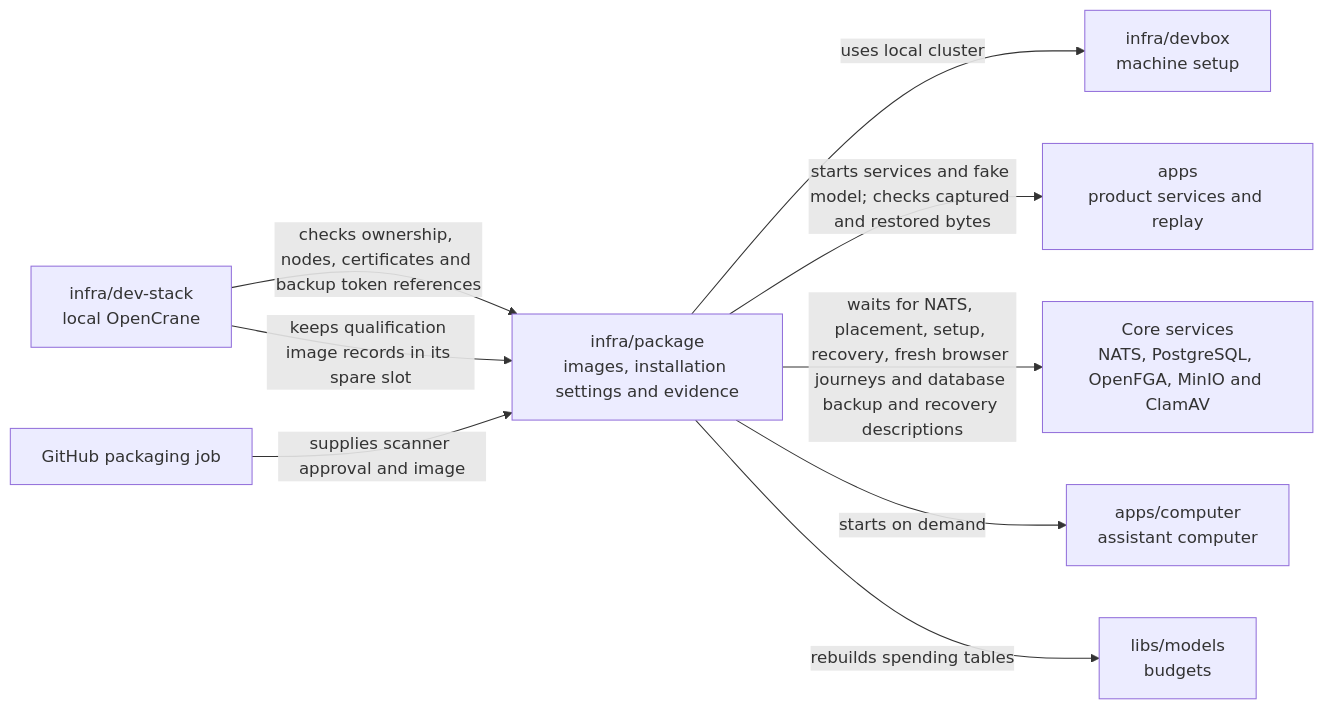
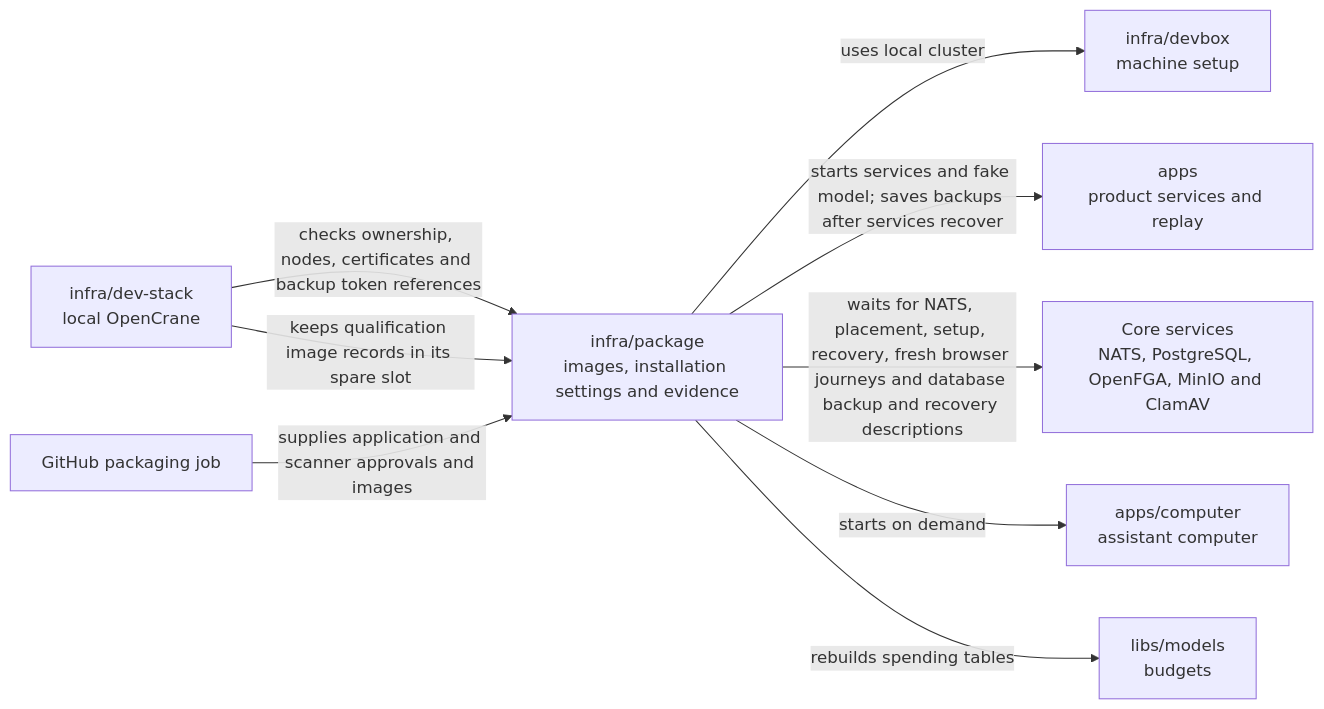
Before and after one commit to elewa-git/opencrane-new: the diagram in infra/package/README.md, drawn with Mermaid. The commit also changed other lines of this file and 95 other files, not shown here.

````diff
--- a/infra/package/README.md
+++ b/infra/package/README.md
@@ -19,11 +19,11 @@
 ```mermaid
 flowchart LR
   stack["infra/dev-stack<br/>local OpenCrane"] -->|checks ownership, nodes, certificates and backup token references| package["infra/package<br/>images, installation settings and evidence"]
   package -->|uses local cluster| devbox["infra/devbox<br/>machine setup"]
-  package -->|starts services and fake model; checks captured and restored bytes| apps["apps<br/>product services and replay"]
-  packaging["GitHub packaging job"] -->|supplies scanner approval and image| package
+  package -->|starts services and fake model; saves backups after services recover| apps["apps<br/>product services and replay"]
+  packaging["GitHub packaging job"] -->|supplies application and scanner approvals and images| package
   package -->|waits for NATS, placement, setup, recovery, fresh browser journeys and database backup and recovery descriptions| services["Core services<br/>NATS, PostgreSQL, OpenFGA, MinIO and ClamAV"]
   package -->|starts on demand| computer["apps/computer<br/>assistant computer"]
   package -->|rebuilds spending tables| models["libs/models<br/>budgets"]
   stack -->|keeps qualification image records in its spare slot| package
 ```
````
